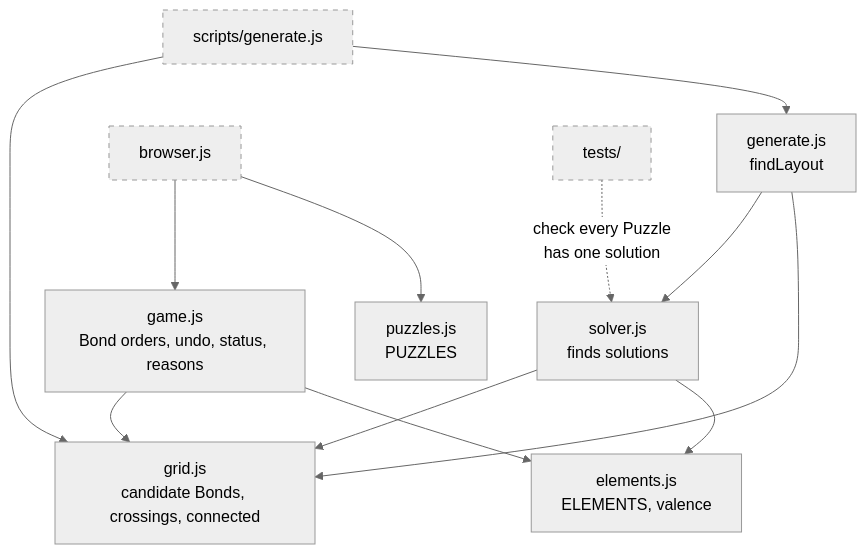
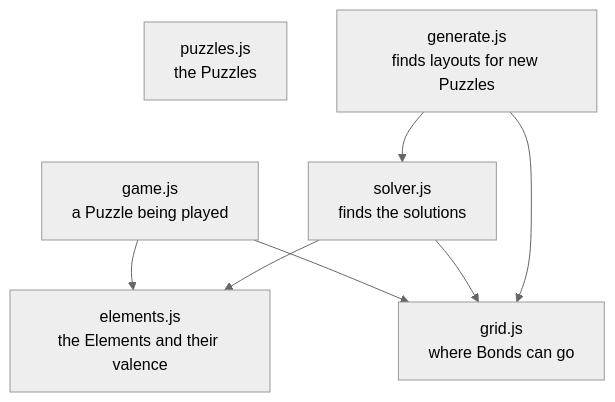
Before and after one commit to treetopbottle/molecuzzle: the second of 2 diagrams in docs/architecture.md, drawn with Mermaid (neutral theme). The commit also changed other lines of this file and 10 other files, not shown here.

Commit message:
docs: three components, wired by browser.js and app.js, with a diagram of imports per component; say decision in the links to decisions

````diff
--- a/docs/architecture.md
+++ b/docs/architecture.md
@@ -85,30 +34,16 @@
 ```mermaid
 flowchart TD
-  puzzles["puzzles.js<br/>PUZZLES"]
-  game["game.js<br/>Bond orders, undo, status, reasons"]
-  grid["grid.js<br/>candidate Bonds, crossings, connected"]
-  solver["solver.js<br/>finds solutions"]
-  gen["generate.js<br/>findLayout"]
-  elements["elements.js<br/>ELEMENTS, valence"]
-
-  browser["browser.js"]
-  generate["scripts/generate.js"]
-  tests["tests/"]
-
-  browser --> puzzles
-  browser --> game
+  puzzles["puzzles.js<br/>the Puzzles"]
+  game["game.js<br/>a Puzzle being played"]
+  solver["solver.js<br/>finds the solutions"]
+  gen["generate.js<br/>finds layouts for new Puzzles"]
+  grid["grid.js<br/>where Bonds can go"]
+  elements["elements.js<br/>the Elements and their valence"]
 
   game --> elements
   game --> grid
   solver --> elements
   solver --> grid
   gen --> grid
   gen --> solver
-
-  generate --> gen
-  generate --> grid
-  tests -. "check every Puzzle<br/>has one solution" .-> solver
-
-  classDef other stroke-dasharray: 5 5
-  class browser,generate,tests other
 ```
````
